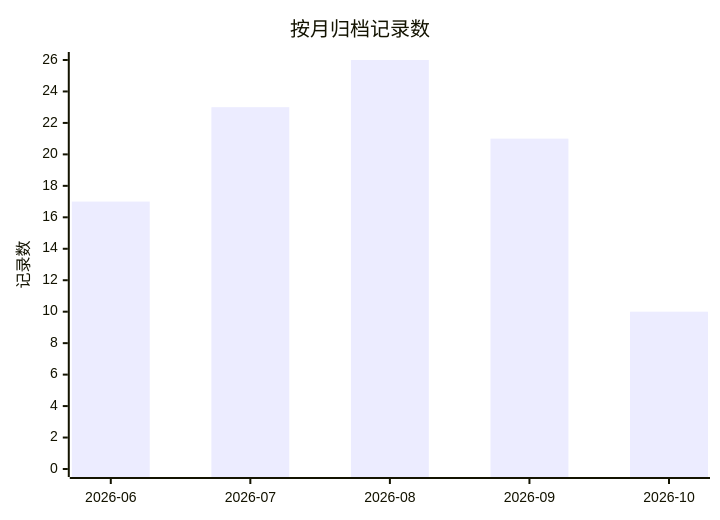
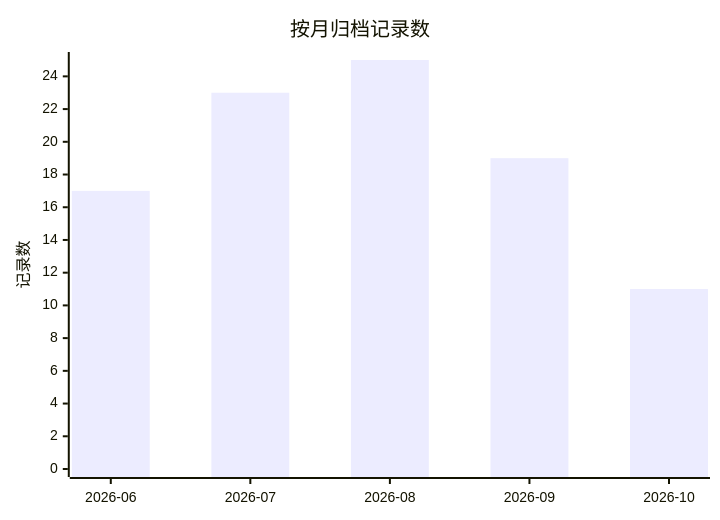
One commit to golddream-y/obsidian-ratel changed the first of 2 diagrams in docs/superpowers/ARCHIVE.md. Above: the diagram before and after it, drawn with Mermaid. The commit also changed other lines of this file and 3 other files, not shown here.

````diff
--- a/docs/superpowers/ARCHIVE.md
+++ b/docs/superpowers/ARCHIVE.md
@@ -14,7 +16,7 @@
 ```mermaid
 xychart-beta
     title "按月归档记录数"
     x-axis ["2026-06", "2026-07", "2026-08", "2026-09", "2026-10"]
-    y-axis "记录数" 0 --> 26
-    bar [17, 23, 26, 21, 10]
+    y-axis "记录数" 0 --> 25
+    bar [17, 23, 25, 19, 11]
 ```
````
